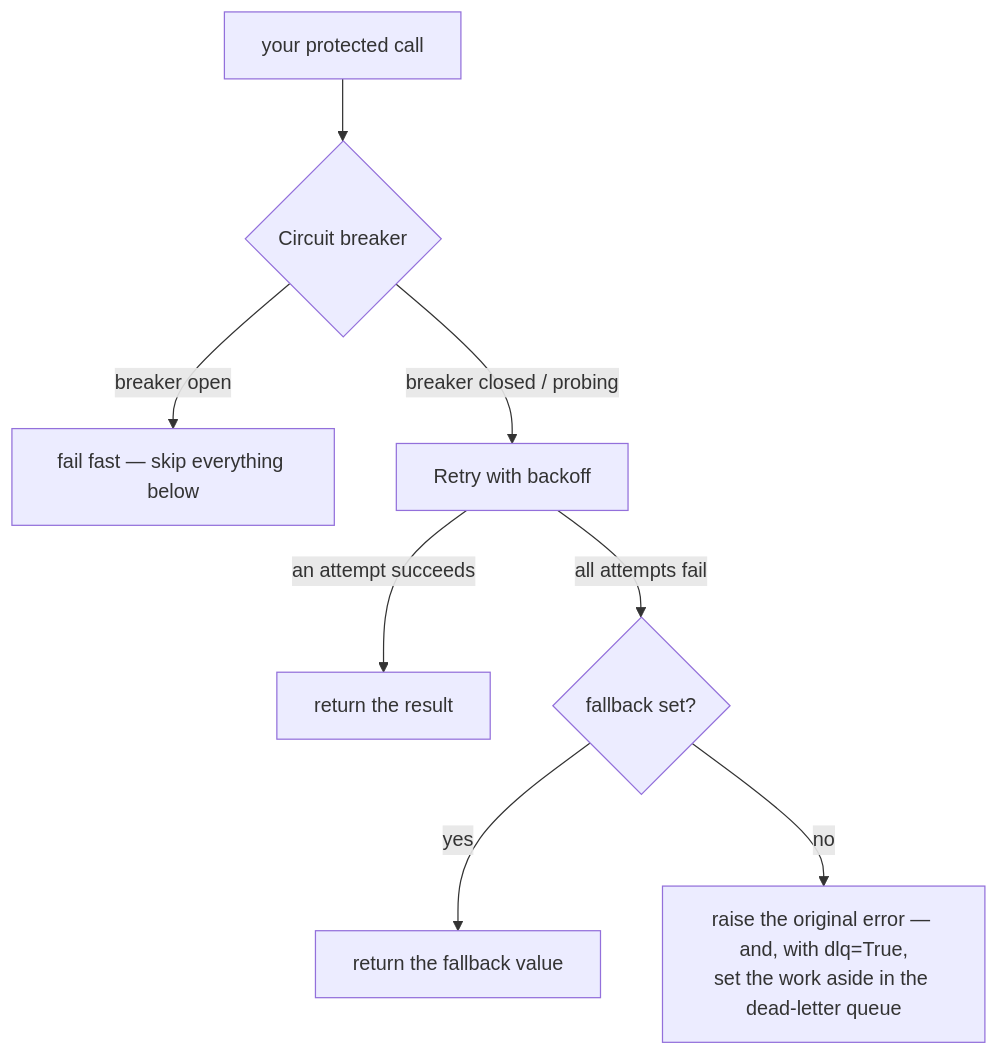
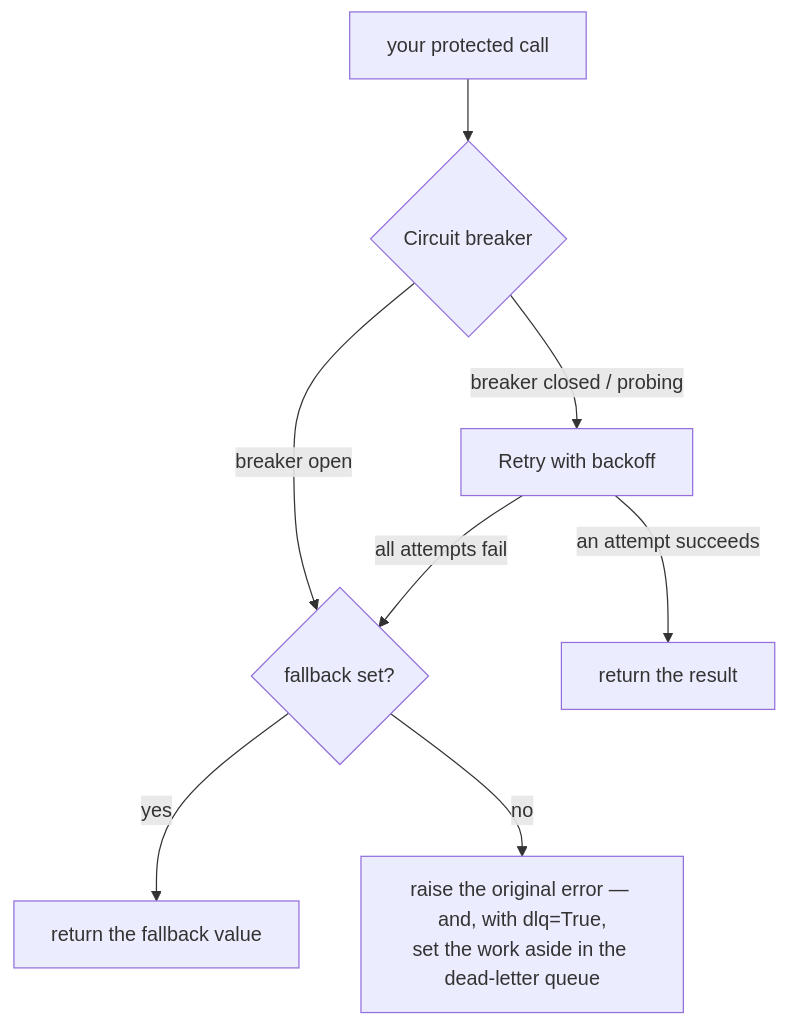
The diagram in docs/concepts/foundations/composition.md (baldurhq/baldur), drawn with Mermaid before and after one commit. The commit also changed other lines of this file and 7 other files, not shown here.

````diff
--- a/docs/concepts/foundations/composition.md
+++ b/docs/concepts/foundations/composition.md
@@ -53,10 +55,10 @@
 ```mermaid
 flowchart TB
     A["your protected call"] --> CB{"Circuit breaker"}
-    CB -->|"breaker open"| FF["fail fast — skip everything below"]
+    CB -->|"breaker open"| FB
     CB -->|"breaker closed / probing"| RT["Retry with backoff"]
     RT -->|"an attempt succeeds"| OK["return the result"]
     RT -->|"all attempts fail"| FB{"fallback set?"}
     FB -->|"yes"| FV["return the fallback value"]
     FB -->|"no"| ERR["raise the original error — and, with dlq=True,<br/>set the work aside in the dead-letter queue"]
 ```
````
